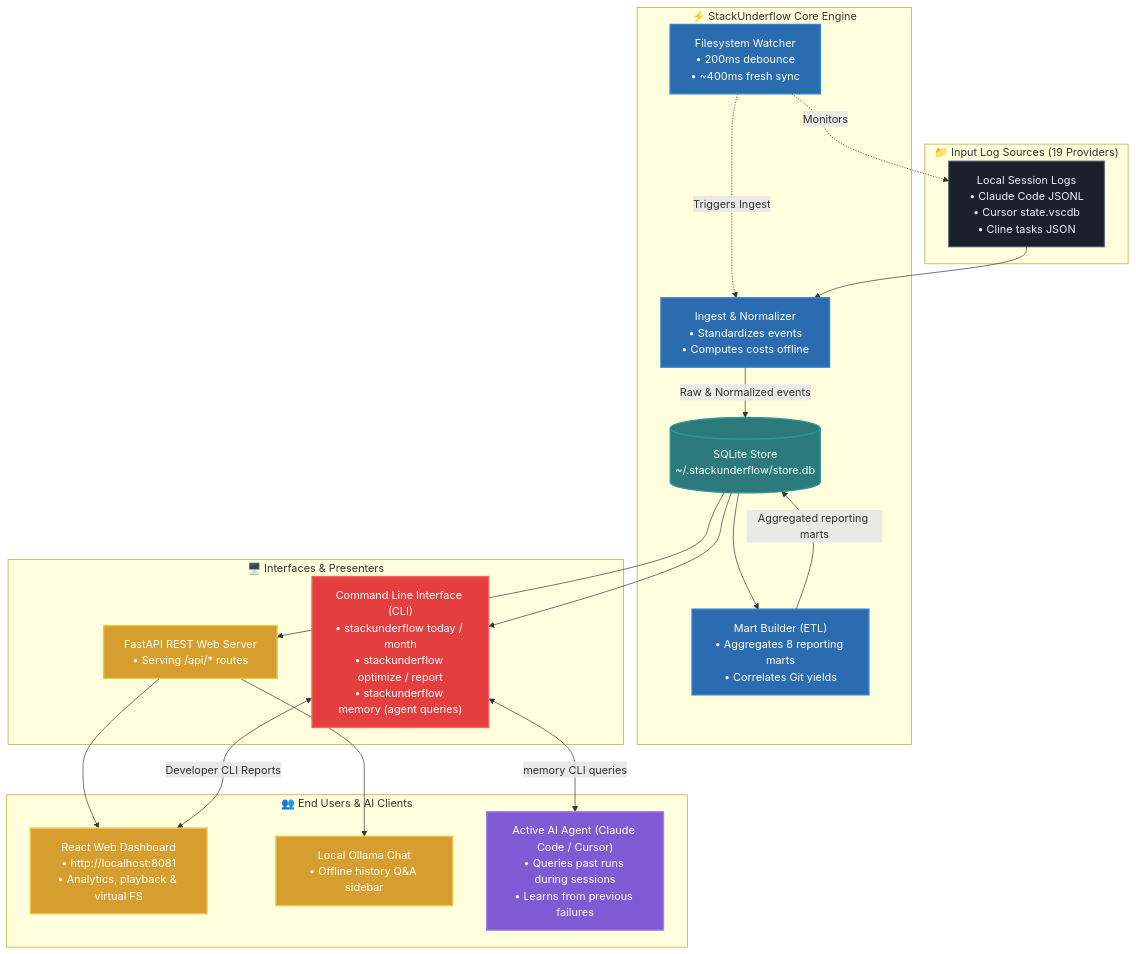
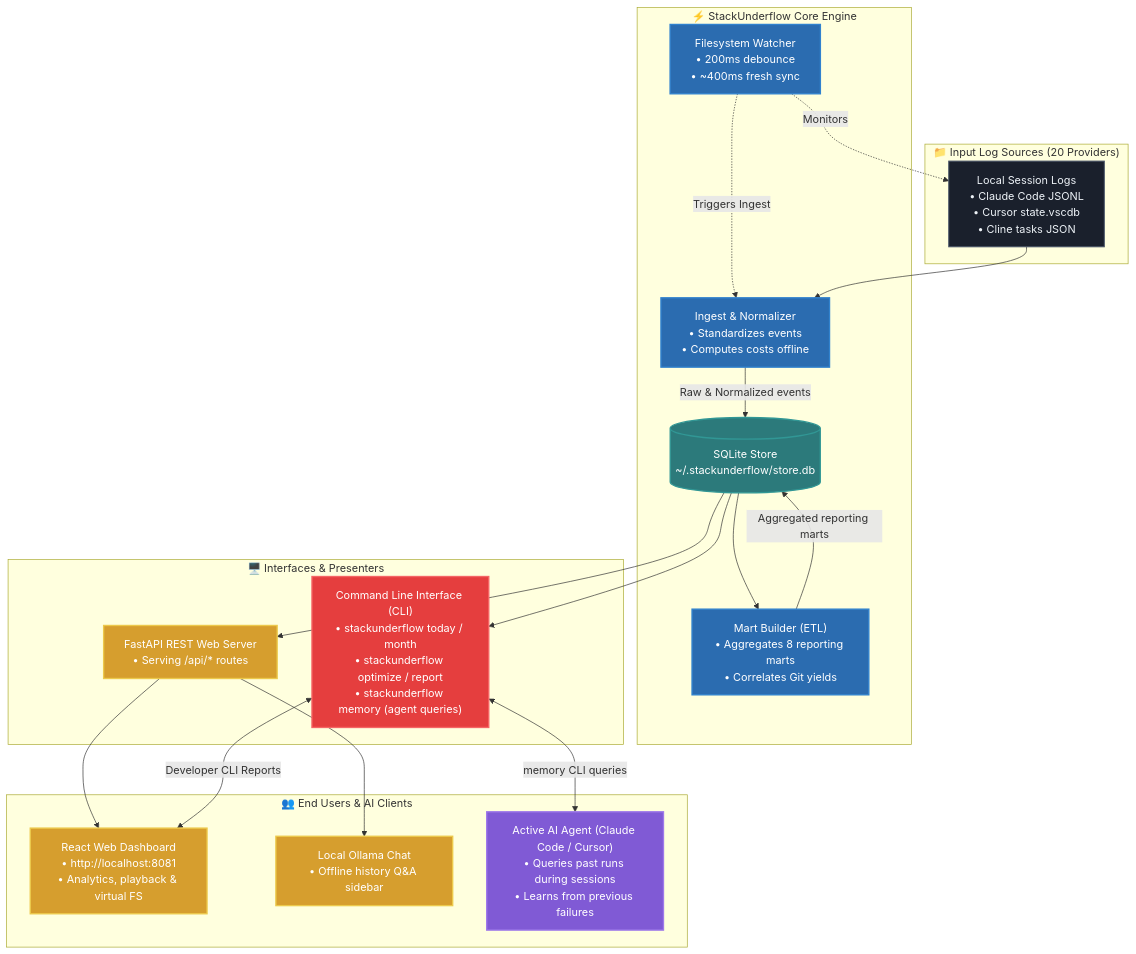
One commit to 0bserver07/StackUnderflow changed the diagram in README.md. Above: the diagram before and after it, drawn with Mermaid. The commit also changed other lines of this file and 11 other files, not shown here.

````diff
--- a/README.md
+++ b/README.md
@@ -240,63 +240,63 @@
 ```mermaid
 flowchart TD
     %% Theme Styling for Dark & Light Mode Legibility
     classDef source fill:#1A202C,stroke:#4A5568,stroke-width:1.5px,color:#EDF2F7;
     classDef pipeline fill:#2B6CB0,stroke:#3182CE,stroke-width:2px,color:#FFF;
     classDef db fill:#2C7A7B,stroke:#319795,stroke-width:2px,color:#FFF;
     classDef interface fill:#D69E2E,stroke:#ECC94B,stroke-width:2px,color:#FFF;
     classDef cli fill:#E53E3E,stroke:#F56565,stroke-width:2px,color:#FFF;
     classDef agent fill:#805AD5,stroke:#9F7AEA,stroke-width:2px,color:#FFF;
 
     %% 1. Log Sources
-    subgraph Sources ["📁 Input Log Sources (19 Providers)"]
+    subgraph Sources ["📁 Input Log Sources (20 Providers)"]
         Logs["Local Session Logs<br/>• Claude Code JSONL<br/>• Cursor state.vscdb<br/>• Cline tasks JSON"]
     end
     class Logs source;
 
     %% 2. Background Processing
     subgraph Engine ["⚡ StackUnderflow Core Engine"]
         Watcher["Filesystem Watcher<br/>• 200ms debounce<br/>• ~400ms fresh sync"]
         Ingest["Ingest & Normalizer<br/>• Standardizes events<br/>• Computes costs offline"]
         Store[("SQLite Store<br/>~/.stackunderflow/store.db")]
         ETL["Mart Builder (ETL)<br/>• Aggregates 8 reporting marts<br/>• Correlates Git yields"]
     end
     class Watcher,Ingest,ETL pipeline;
     class Store db;
 
     %% 3. Interfaces & Presentation
     subgraph Frontends ["🖥️ Interfaces & Presenters"]
         API["FastAPI REST Web Server<br/>• Serving /api/* routes"]
         CLI["Command Line Interface (CLI)<br/>• stackunderflow today / month<br/>• stackunderflow optimize / report<br/>• stackunderflow memory (agent queries)"]
     end
     class API interface;
     class CLI cli;
 
     %% 4. Client / End User Applications
     subgraph Clients ["👥 End Users & AI Clients"]
         Dashboard["React Web Dashboard<br/>• http://localhost:8081<br/>• Analytics, playback & virtual FS"]
         Ollama["Local Ollama Chat<br/>• Offline history Q&A sidebar"]
         Agent["Active AI Agent (Claude Code / Cursor)<br/>• Queries past runs during sessions<br/>• Learns from previous failures"]
     end
     class Dashboard,Ollama interface;
     class Agent agent;
 
     %% Watcher Loop
     Watcher -.->|Monitors| Logs
     Watcher -.->|Triggers Ingest| Ingest
 
     %% Data Pipeline Flow
     Logs --> Ingest
     Ingest -->|Raw & Normalized events| Store
     Store --> ETL
     ETL -->|Aggregated reporting marts| Store
 
     %% Access Points
     Store --> API
     Store --> CLI
 
     %% Client Delivery
     API --> Dashboard
     API --> Ollama
     CLI <-->|memory CLI queries| Agent
     CLI <-->|Developer CLI Reports| Dashboard
 ```
````
